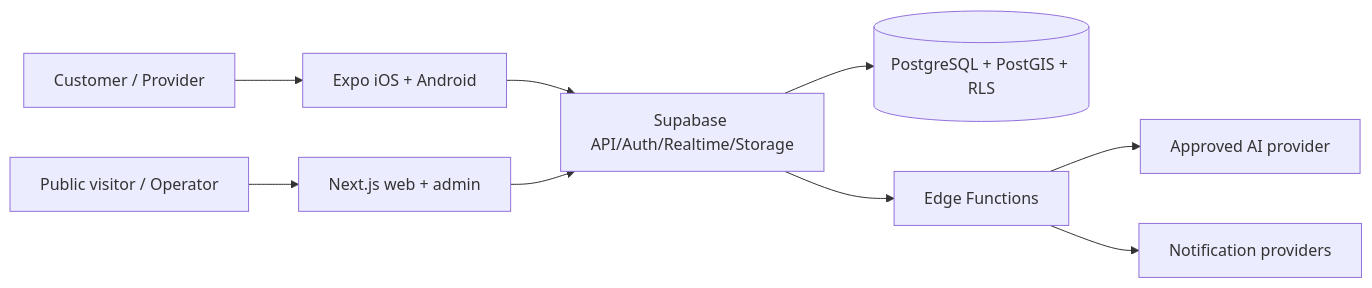
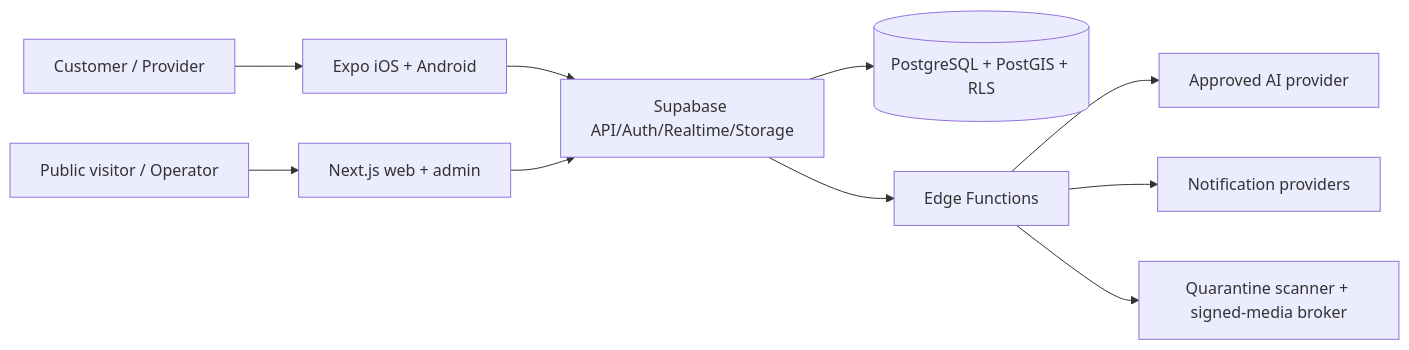
Before and after one commit to mohmammed0/Mohammed-Sallah-app: the first of 2 diagrams in docs/architecture/OVERVIEW.md, drawn with Mermaid. The commit also changed other lines of this file and 11 other files, not shown here.

````diff
--- a/docs/architecture/OVERVIEW.md
+++ b/docs/architecture/OVERVIEW.md
@@ -5,11 +5,12 @@
 ```mermaid
 flowchart LR
   C["Customer / Provider"] --> M["Expo iOS + Android"]
   P["Public visitor / Operator"] --> W["Next.js web + admin"]
   M --> S["Supabase API/Auth/Realtime/Storage"]
   W --> S
   S --> D[("PostgreSQL + PostGIS + RLS")]
   S --> E["Edge Functions"]
   E --> A["Approved AI provider"]
   E --> N["Notification providers"]
+  E --> Q["Quarantine scanner + signed-media broker"]
 ```
````
